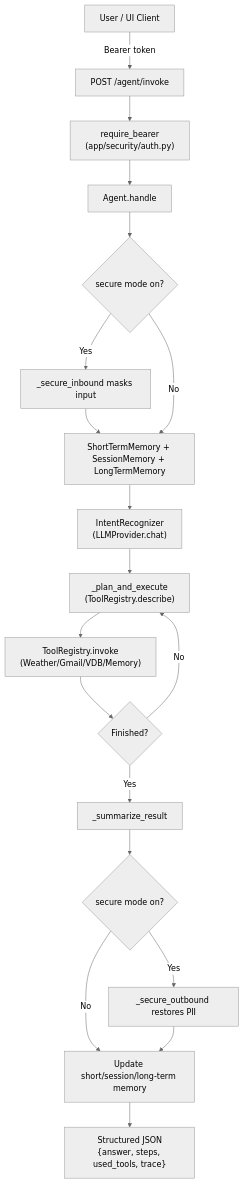
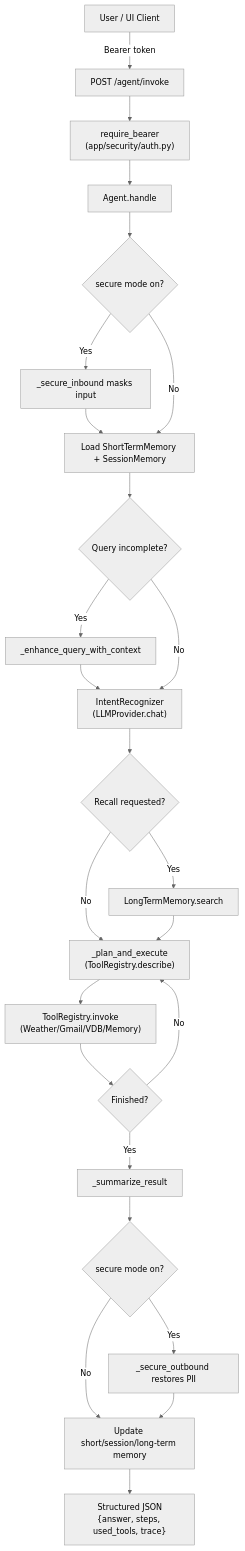
Before and after one commit to JiangXue0820/agentic_ai_chatbot: the second of 6 diagrams in design_report.md, drawn with Mermaid (neutral theme). The commit also changed other lines of this file and 11 other files, not shown here.

````diff
--- a/design_report.md
+++ b/design_report.md
@@ -123,21 +123,27 @@
 ```mermaid
 graph TD
     User[User / UI Client] -->|Bearer token| Invoke[POST /agent/invoke]
     Invoke --> Auth["require_bearer\n(app/security/auth.py)"]
     Auth --> AgentHandle[Agent.handle]
     AgentHandle --> SecureCheck{secure mode on?}
     SecureCheck -->|Yes| SecureIn[_secure_inbound masks input]
-    SecureIn --> Context[ShortTermMemory + SessionMemory + LongTermMemory]
+    SecureIn --> Context[Load ShortTermMemory + SessionMemory]
     SecureCheck -->|No| Context
-    Context --> Intent["IntentRecognizer\n(LLMProvider.chat)"]
-    Intent --> Plan["_plan_and_execute\n(ToolRegistry.describe)"]
+    Context --> EnhanceQuery{Query incomplete?}
+    EnhanceQuery -->|Yes| QueryEnhance[_enhance_query_with_context]
+    QueryEnhance --> Intent["IntentRecognizer\n(LLMProvider.chat)"]
+    EnhanceQuery -->|No| Intent
+    Intent --> CheckRecall{Recall requested?}
+    CheckRecall -->|Yes| LongMem[LongTermMemory.search]
+    CheckRecall -->|No| Plan
+    LongMem --> Plan["_plan_and_execute\n(ToolRegistry.describe)"]
     Plan --> Exec["ToolRegistry.invoke\n(Weather/Gmail/VDB/Memory)"]
     Exec --> LoopCheck{Finished?}
     LoopCheck -->|No| Plan
     LoopCheck -->|Yes| Summarize[_summarize_result]
     Summarize --> SecureOutCheck{secure mode on?}
     SecureOutCheck -->|Yes| SecureOut[_secure_outbound restores PII]
     SecureOutCheck -->|No| MemoryUpdate[Update short/session/long-term memory]
     SecureOut --> MemoryUpdate
     MemoryUpdate --> Response["Structured JSON\n{answer, steps, used_tools, trace}"]
 ```
````
